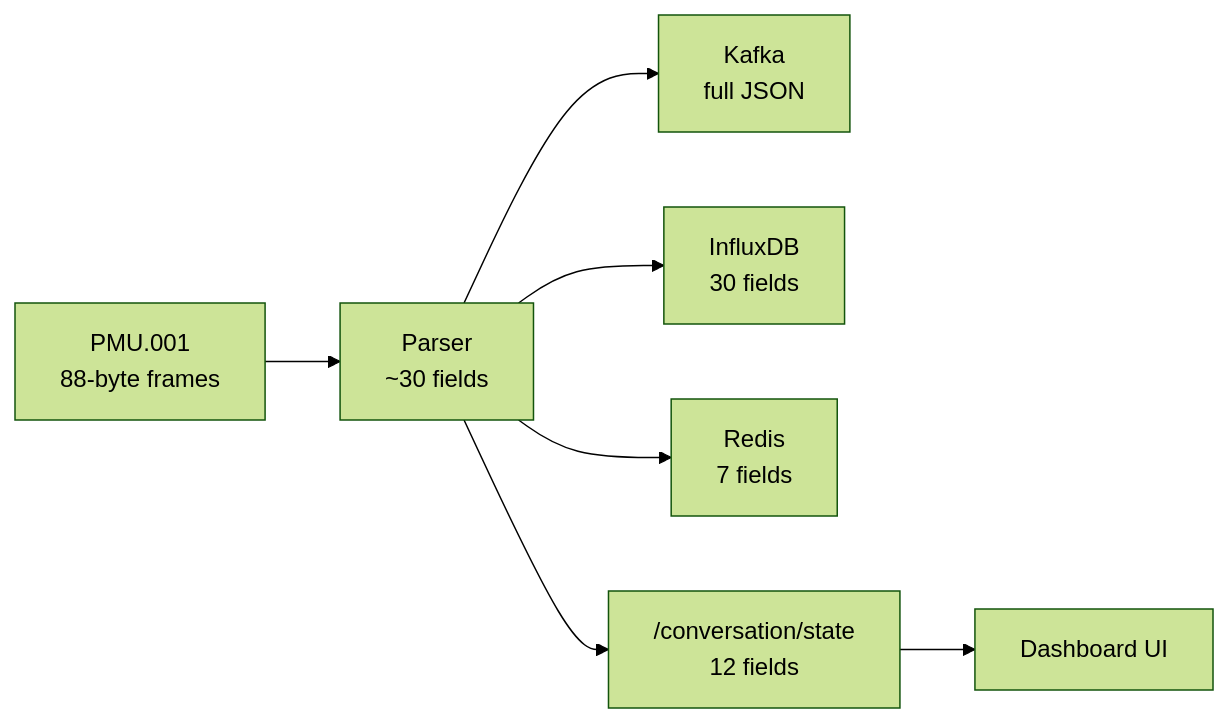
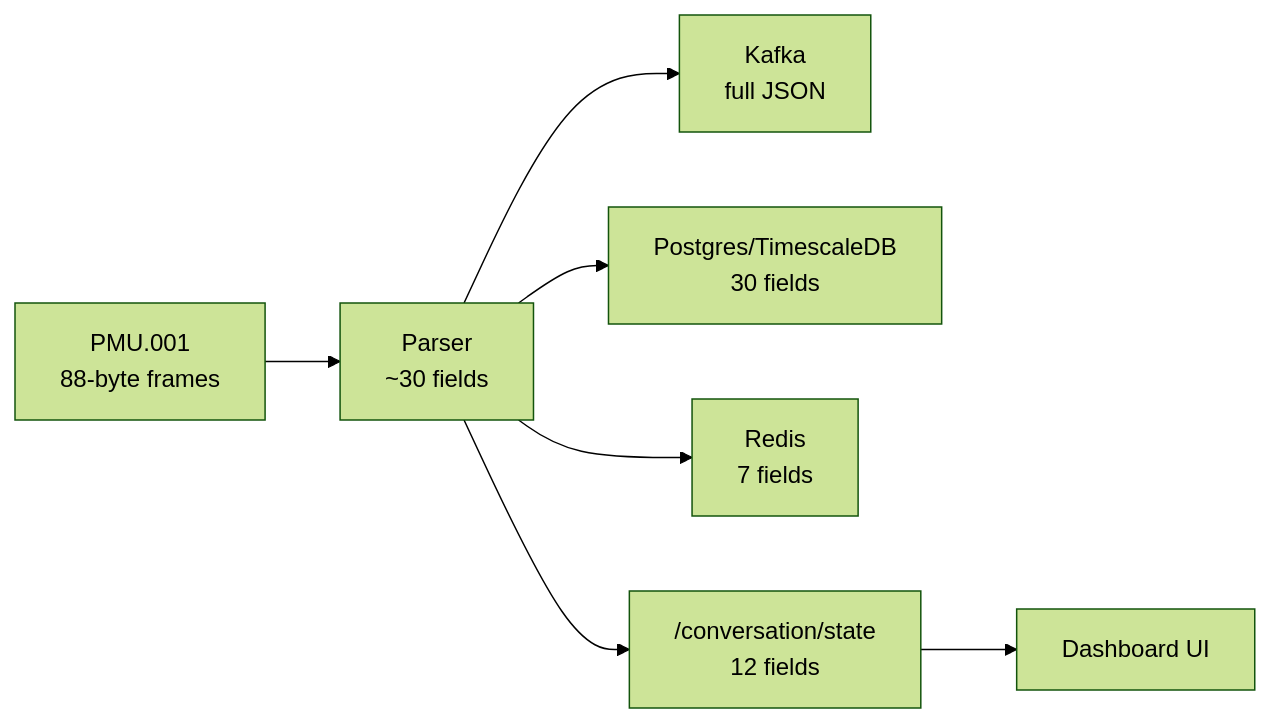
One commit to Kashish-Shukla18/new_pdc changed the diagram in data/TO_DO.MD. Above: the diagram before and after it, drawn with Mermaid (forest theme). The commit also changed other lines of this file and 16 other files, not shown here.

````diff
--- a/data/TO_DO.MD
+++ b/data/TO_DO.MD
@@ -52,9 +52,9 @@
 ```mermaid
 flowchart LR
     PMU["PMU.001\n88-byte frames"] --> Parser["Parser\n~30 fields"]
     Parser --> Kafka["Kafka\nfull JSON"]
-    Parser --> Influx["InfluxDB\n30 fields"]
+    Parser --> Postgres["Postgres/TimescaleDB\n30 fields"]
     Parser --> Redis["Redis\n7 fields"]
     Parser --> Conv["/conversation/state\n12 fields"]
     Conv --> UI["Dashboard UI"]
 ```
````
